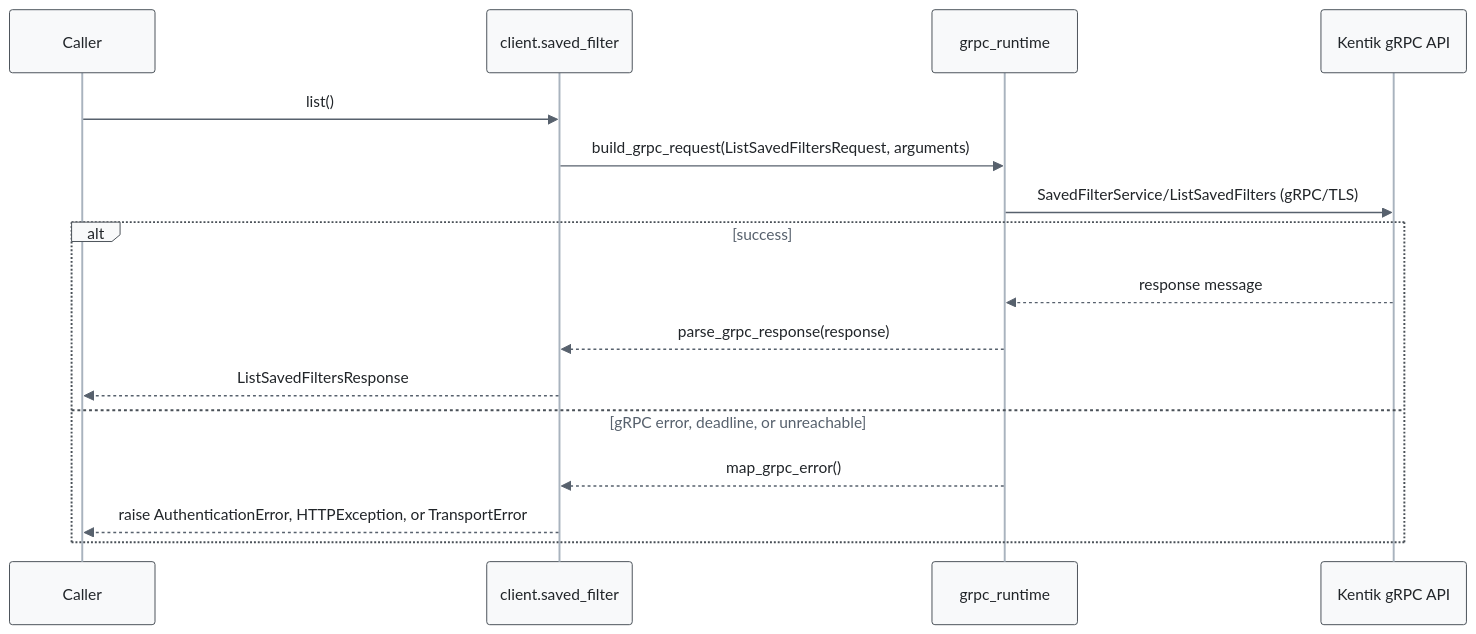
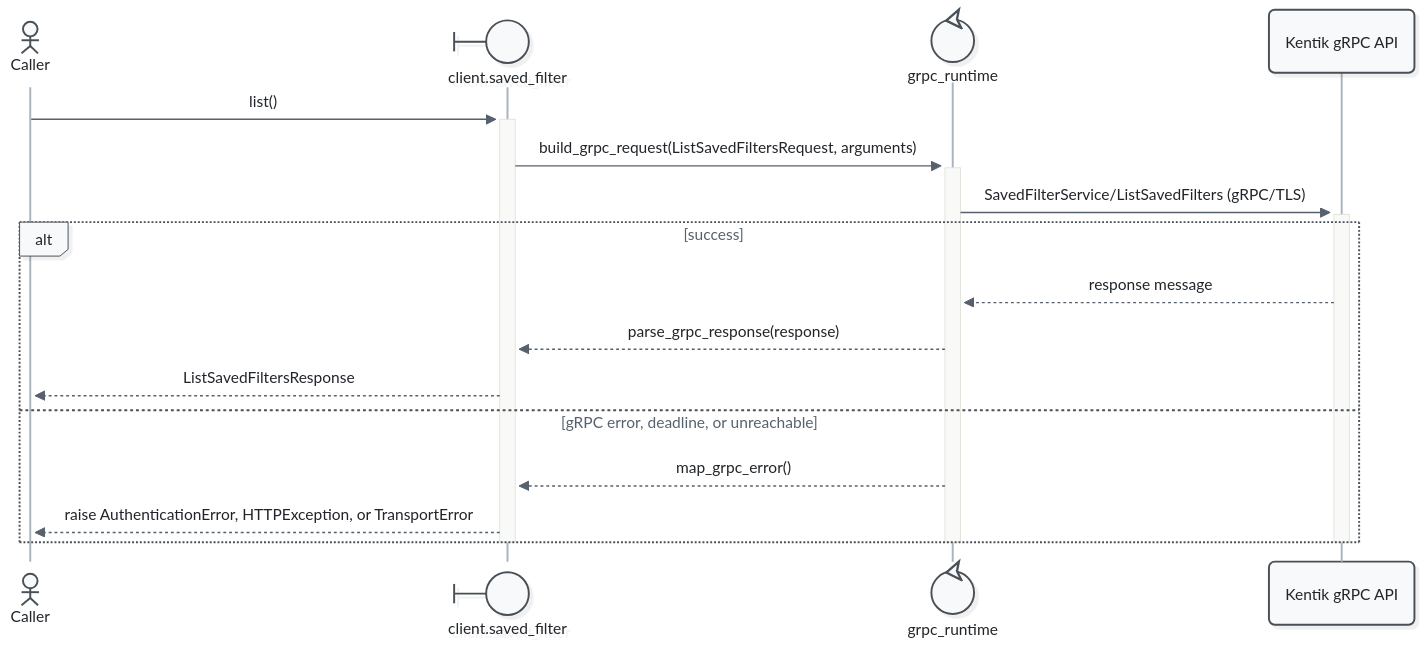
One commit to alexdearaujo/community_sdk_python changed the tenth of 13 diagrams in docs/sphinx/services/saved_filter.md. Above: the diagram before and after it, drawn with Mermaid. The commit also changed other lines of this file and 52 other files, not shown here.

First line of the commit message:
docs: Mermaid 12 sequence diagrams with participant types and path colors

````diff
--- a/docs/sphinx/services/saved_filter.md
+++ b/docs/sphinx/services/saved_filter.md
@@ -371,20 +393,23 @@
 ```mermaid
-%%{init: {"theme": "base", "fontFamily": "ui-monospace, SFMono-Regular, Menlo, monospace", "themeVariables": {"fontFamily": "ui-monospace, SFMono-Regular, Menlo, monospace", "primaryColor": "#f8f9fa", "primaryBorderColor": "#495057", "primaryTextColor": "#212529", "textColor": "#212529", "lineColor": "#77818c", "edgeLabelBackground": "#ffffff", "actorBkg": "#f8f9fa", "actorBorder": "#495057", "actorTextColor": "#212529", "actorLineColor": "#a9b3be", "signalColor": "#57616d", "signalTextColor": "#212529", "labelBoxBkgColor": "#f8f9fa", "labelBoxBorderColor": "#495057", "labelTextColor": "#212529", "loopTextColor": "#57616d", "noteBkgColor": "#fff9db", "noteBorderColor": "#f08c00", "noteTextColor": "#a35a00"}, "flowchart": {"curve": "step", "nodeSpacing": 30, "rankSpacing": 70, "wrappingWidth": 400}}}%%
+%%{init: {"theme": "redux", "look": "neo", "layout": "dagre", "fontFamily": "ui-monospace, SFMono-Regular, Menlo, monospace", "themeVariables": {"fontFamily": "ui-monospace, SFMono-Regular, Menlo, monospace", "primaryColor": "#f8f9fa", "primaryBorderColor": "#495057", "primaryTextColor": "#212529", "textColor": "#212529", "lineColor": "#77818c", "edgeLabelBackground": "#ffffff", "actorBkg": "#f8f9fa", "actorBorder": "#495057", "actorTextColor": "#212529", "actorLineColor": "#a9b3be", "signalColor": "#57616d", "signalTextColor": "#212529", "labelBoxBkgColor": "#f8f9fa", "labelBoxBorderColor": "#495057", "labelTextColor": "#212529", "loopTextColor": "#57616d", "noteBkgColor": "#fff9db", "noteBorderColor": "#f08c00", "noteTextColor": "#a35a00"}, "sequence": {"activationWidth": 16}, "flowchart": {"curve": "step", "nodeSpacing": 30, "rankSpacing": 70, "wrappingWidth": 400}}}%%
 sequenceDiagram
-    participant C as Caller
-    participant W as client.saved_filter
-    participant R as grpc_runtime
+    actor C as Caller
+    participant W@{ "type": "boundary" } as client.saved_filter
+    participant R@{ "type": "control" } as grpc_runtime
     participant API as Kentik gRPC API
 
-    C->>W: list()
-    W->>R: build_grpc_request(ListSavedFiltersRequest, arguments)
-    R->>API: SavedFilterService/ListSavedFilters (gRPC/TLS)
+    C->>+W: list()
+    W->>+R: build_grpc_request(ListSavedFiltersRequest, arguments)
+    R->>+API: SavedFilterService/ListSavedFilters (gRPC/TLS)
     alt success
         API-->>R: response message
         R-->>W: parse_grpc_response(response)
         W-->>C: ListSavedFiltersResponse
     else gRPC error, deadline, or unreachable
         R-->>W: map_grpc_error()
         W-->>C: raise AuthenticationError, HTTPException, or TransportError
     end
+    deactivate API
+    deactivate R
+    deactivate W
 ```
````
